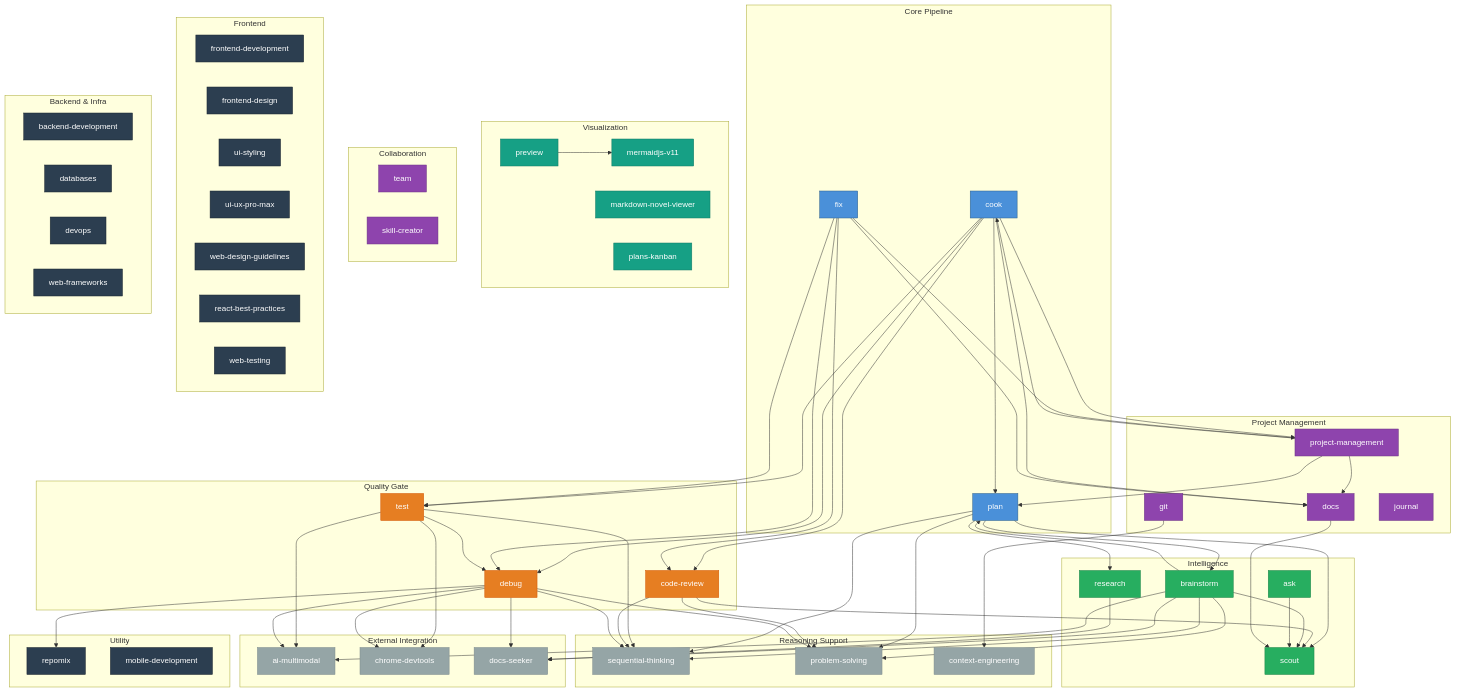
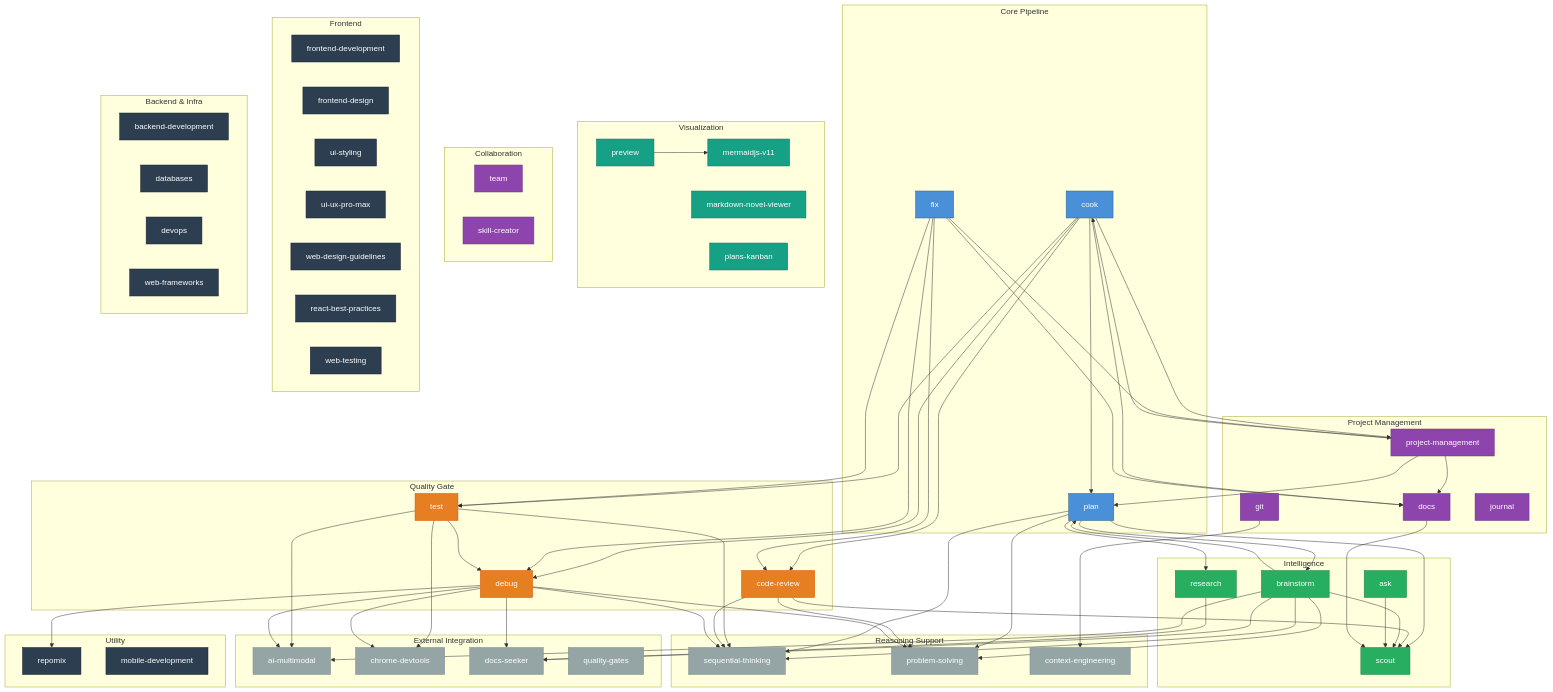
Before and after one commit to mchien15/adf: the diagram in docs/skills-dependency-graph.md, drawn with Mermaid. The commit also changed other lines of this file and 7 other files, not shown here.

First line of the commit message:
docs: correct metadata and roadmap info across 8 docs

```diff
--- a/docs/skills-dependency-graph.md
+++ b/docs/skills-dependency-graph.md
@@ -73,6 +73,7 @@
         ai["ai-multimodal"]
         chrome["chrome-devtools"]
         docs_seeker["docs-seeker"]
+        quality_gates["quality-gates"]
     end
 
     subgraph Project Management
@@ -198,7 +199,7 @@
     class test,code_review,debug quality
     class brainstorm,ask,research,scout intel
     class seq,prob,ctx support
-    class ai,chrome,docs_seeker support
+    class ai,chrome,docs_seeker,quality_gates support
     class pm,docs,git,journal finalize
     class preview,md_viewer,kanban,mermaid viz
     class team,skill_creator finalize
```
